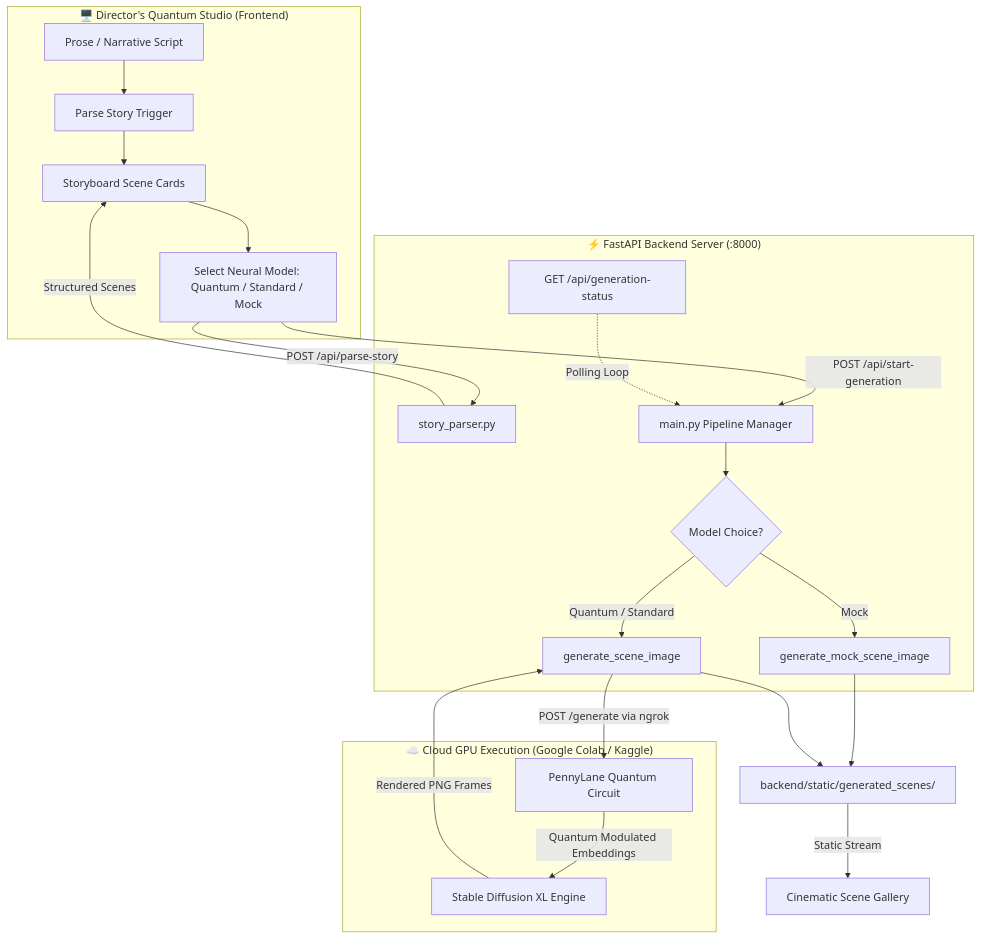
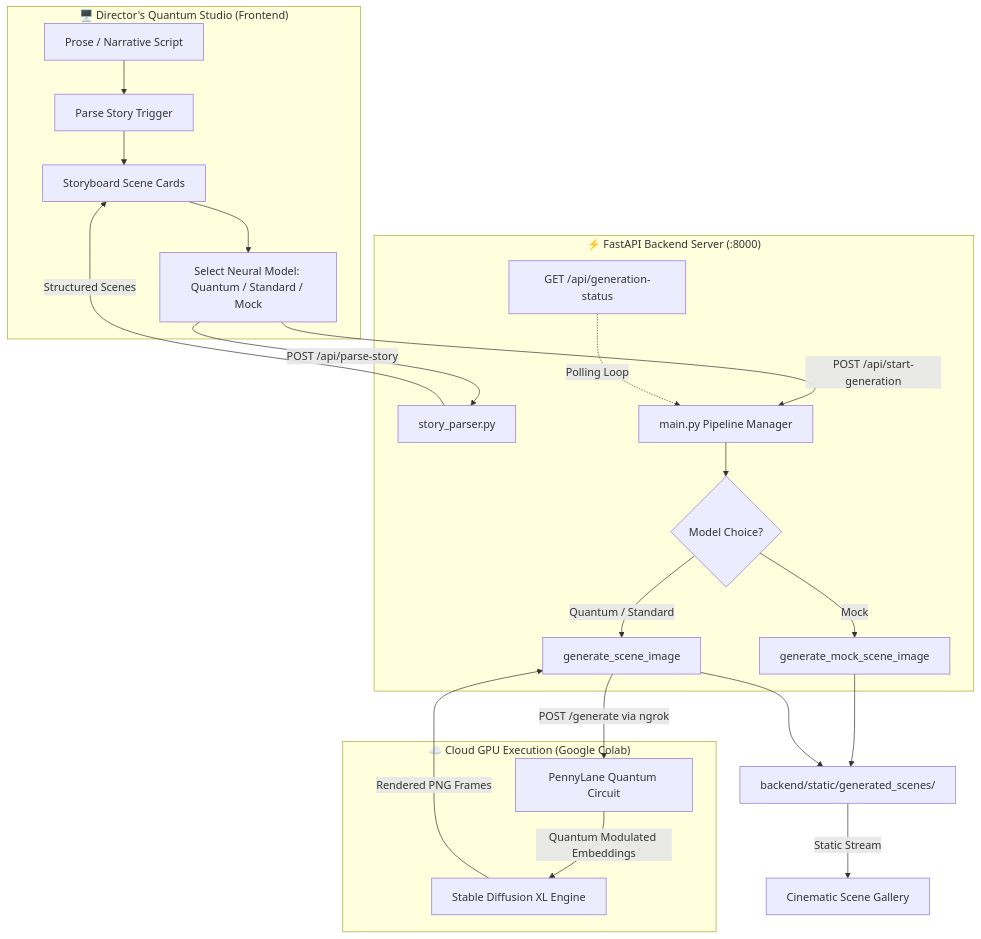
One commit to Blhemanth/MUSIA changed the diagram in README.md. Above: the diagram before and after it, drawn with Mermaid. The commit also changed other lines of this file and 9 other files, not shown here.

Commit message:
refactor: remove all Kaggle dependencies and files, standardize entirely on Google Colab

````diff
--- a/README.md
+++ b/README.md
@@ -51,28 +51,28 @@
 ```mermaid
 flowchart TD
     subgraph UI ["🖥️ Director's Quantum Studio (Frontend)"]
         A[Prose / Narrative Script] --> B[Parse Story Trigger]
         B --> C[Storyboard Scene Cards]
         C --> D[Select Neural Model: Quantum / Standard / Mock]
     end
 
     subgraph Backend ["⚡ FastAPI Backend Server (:8000)"]
         D -->|POST /api/parse-story| E[story_parser.py]
         E -->|Structured Scenes| C
         D -->|POST /api/start-generation| F[main.py Pipeline Manager]
         F --> G{Model Choice?}
         G -->|Mock| H[generate_mock_scene_image]
         G -->|Quantum / Standard| I[generate_scene_image]
         J[GET /api/generation-status] -.->|Polling Loop| F
     end
 
-    subgraph GPU ["☁️ Cloud GPU Execution (Google Colab / Kaggle)"]
+    subgraph GPU ["☁️ Cloud GPU Execution (Google Colab)"]
         I -->|POST /generate via ngrok| K[PennyLane Quantum Circuit]
         K -->|Quantum Modulated Embeddings| L[Stable Diffusion XL Engine]
         L -->|Rendered PNG Frames| I
     end
 
     H --> M[backend/static/generated_scenes/]
     I --> M
     M -->|Static Stream| N[Cinematic Scene Gallery]
 ```
````
